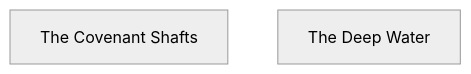
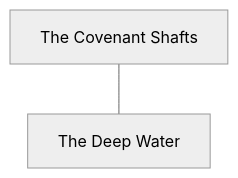
Before and after one commit to rstevenson1237/setting_builder: the diagram in build/diagrams/T3_R06.md, drawn with Mermaid (neutral theme). The commit also changed 145 other files, not shown here.

First line of the commit message:
Step 10: the location graph, sources and typed exits

````diff
--- a/build/diagrams/T3_R06.md
+++ b/build/diagrams/T3_R06.md
@@ -1,7 +1,8 @@
 ```mermaid
 flowchart TD
 %% Tier 3. Region R06: the region-level containers inside it, binary edges.
 %% Derived by tools/mermaid_gen.py. Do not edit.
     C_THE_COVENANT_SHAFTS["The Covenant Shafts"]
     C_THE_DEEP_WATER["The Deep Water"]
+    C_THE_COVENANT_SHAFTS --- C_THE_DEEP_WATER
 ```
````
